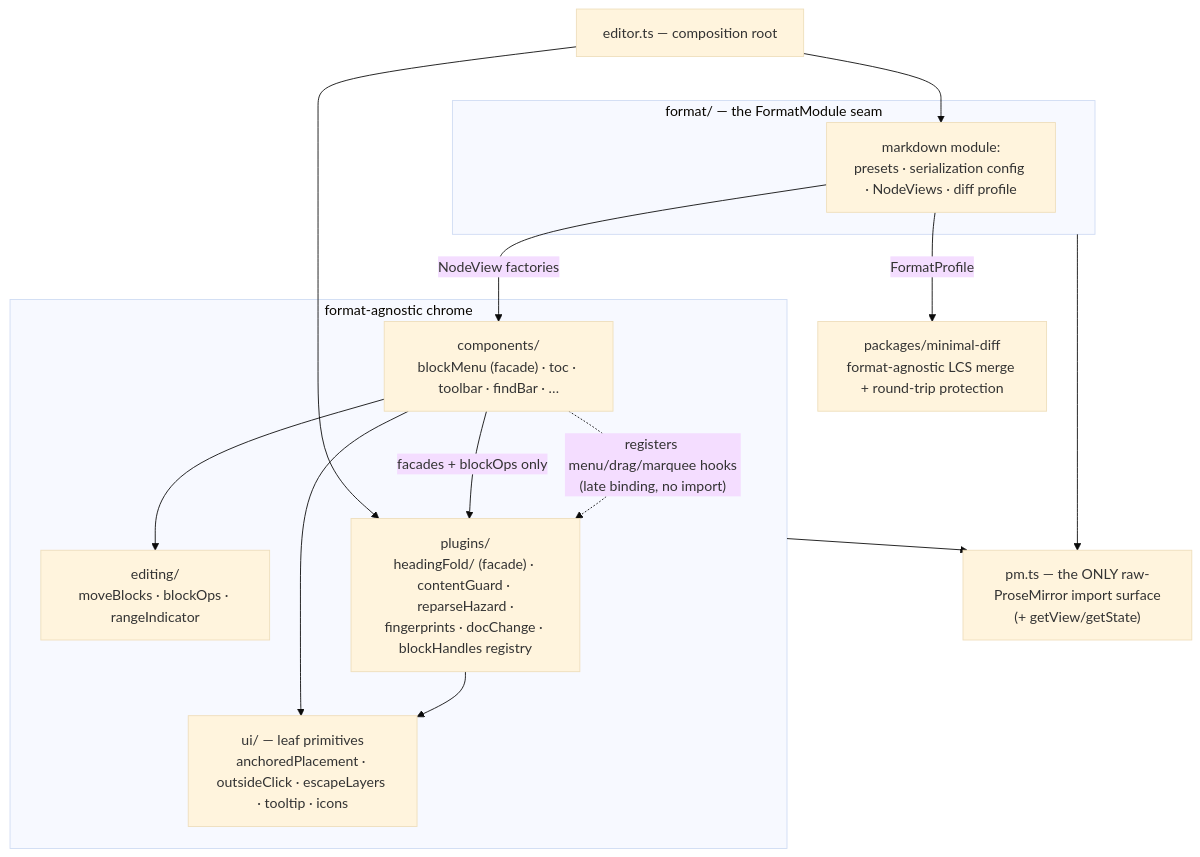
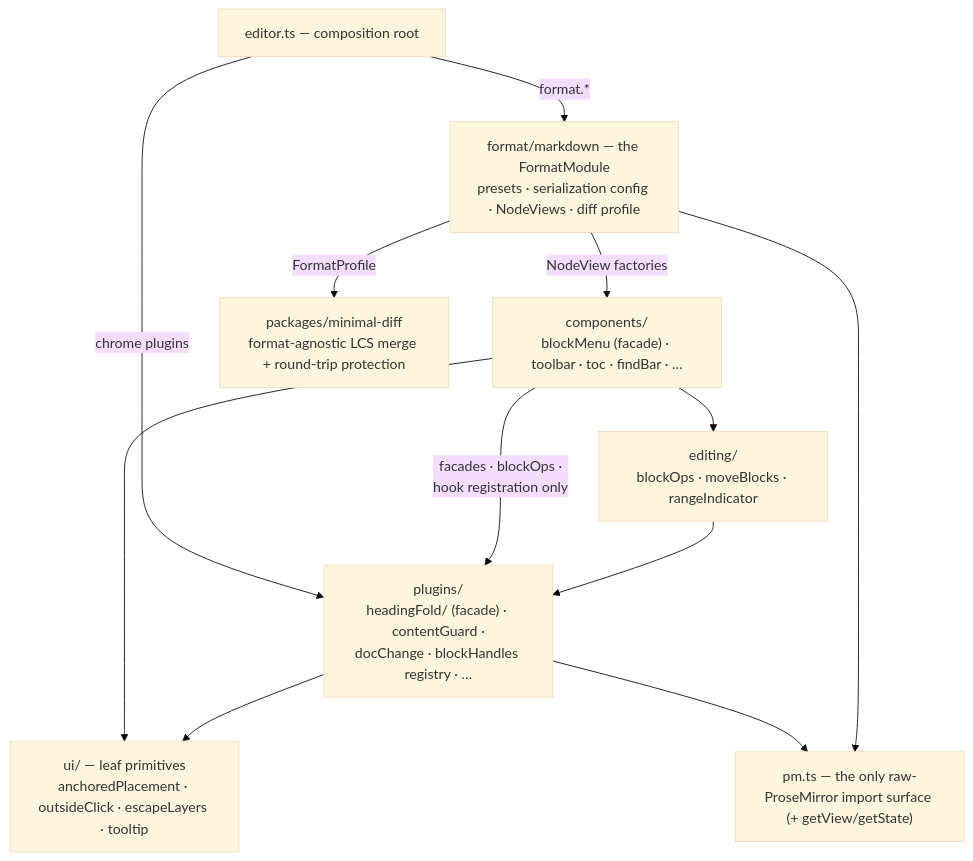
Before and after one commit to harlanlewis/birta-writer: the third of 3 diagrams in README.md, drawn with Mermaid (base theme). The commit also changed other lines of this file, not shown here.

First line of the commit message:
docs: consolidate the README architecture diagrams from five to three

````diff
--- a/README.md
+++ b/README.md
@@ -235,27 +230,23 @@
 ```mermaid
 flowchart TB
     ED["editor.ts — composition root"]
-    subgraph FMT["format/ — the FormatModule seam"]
-        MD["markdown module:<br/>presets · serialization config · NodeViews · diff profile"]
-    end
-    subgraph CHROME["format-agnostic chrome"]
-        CMP["components/<br/>blockMenu (facade) · toc · toolbar · findBar · …"]
-        EDG["editing/<br/>moveBlocks · blockOps · rangeIndicator"]
-        PL["plugins/<br/>headingFold/ (facade) · contentGuard · reparseHazard ·<br/>fingerprints · docChange · blockHandles registry"]
-        UI["ui/ — leaf primitives<br/>anchoredPlacement · outsideClick · escapeLayers · tooltip · icons"]
-    end
-    PM["pm.ts — the ONLY raw-ProseMirror import surface<br/>(+ getView/getState)"]
+    MD["format/markdown — the FormatModule<br/>presets · serialization config · NodeViews · diff profile"]
+    CMP["components/<br/>blockMenu (facade) · toolbar · toc · findBar · …"]
+    EDG["editing/<br/>blockOps · moveBlocks · rangeIndicator"]
+    PL["plugins/<br/>headingFold/ (facade) · contentGuard ·<br/>docChange · blockHandles registry · …"]
+    UI["ui/ — leaf primitives<br/>anchoredPlacement · outsideClick · escapeLayers · tooltip"]
+    PM["pm.ts — the only raw-ProseMirror import surface (+ getView/getState)"]
     ENG["packages/minimal-diff<br/>format-agnostic LCS merge + round-trip protection"]
 
-    ED --> MD
-    ED --> PL
+    ED -->|"format.*"| MD
+    ED -->|chrome plugins| PL
     MD -->|NodeView factories| CMP
     MD -->|FormatProfile| ENG
-    CMP -->|facades + blockOps only| PL
+    CMP -->|"facades · blockOps ·<br/>hook registration only"| PL
     CMP --> EDG
     CMP --> UI
+    EDG --> PL
     PL --> UI
-    CMP -. "registers menu/drag/marquee hooks<br/>(late binding, no import)" .-> PL
-    CHROME --> PM
-    FMT --> PM
+    PL --> PM
+    MD --> PM
 ```
````
